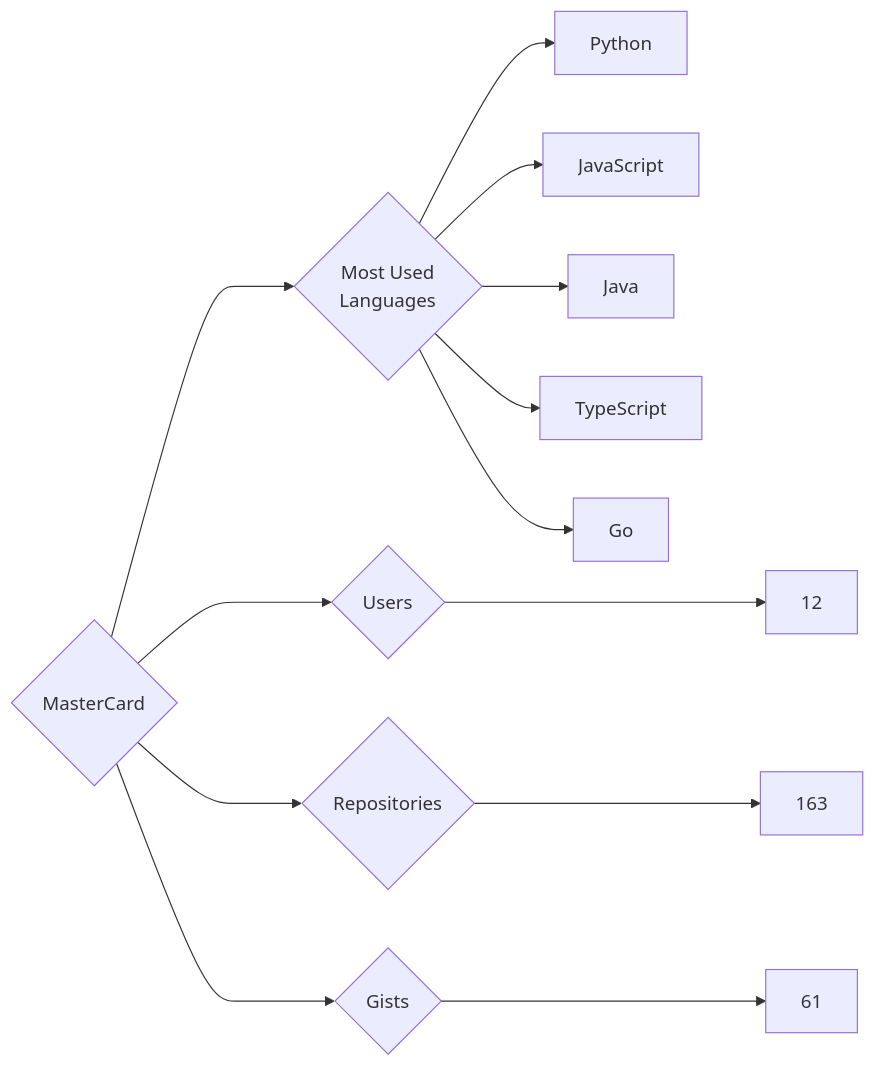
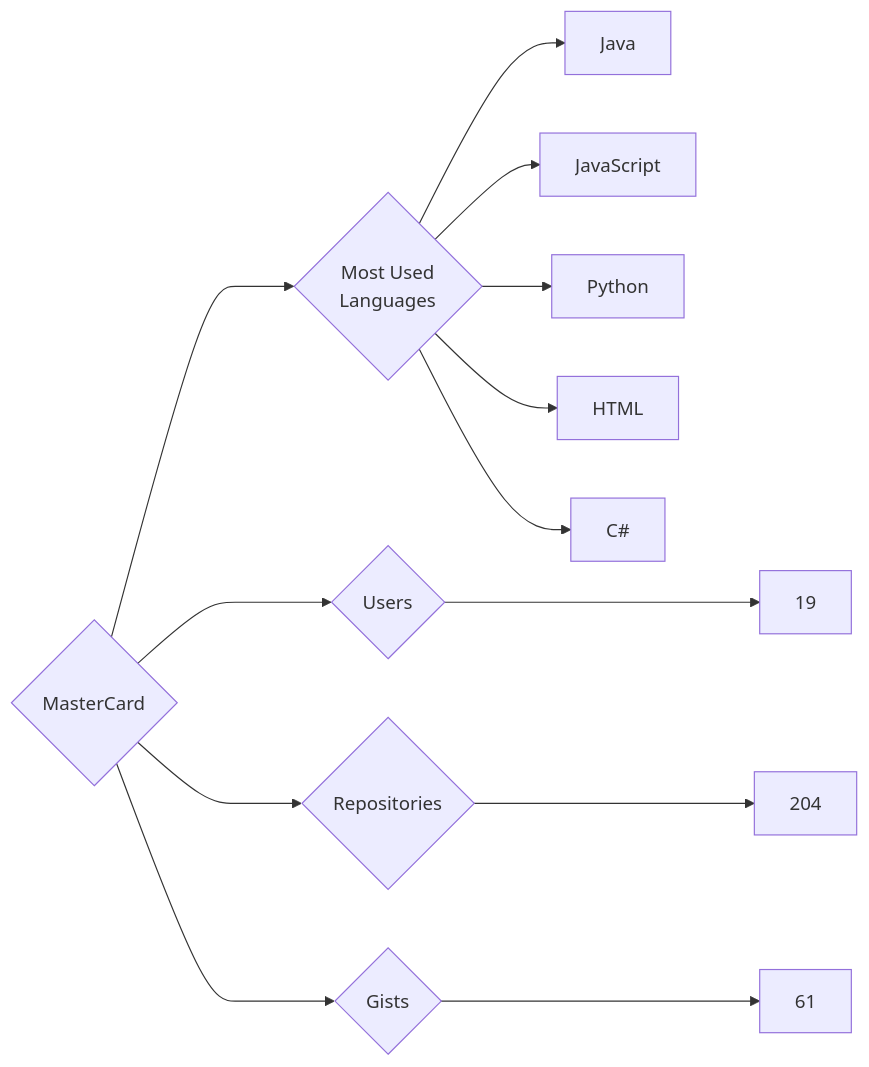
The diagram in targets/MasterCard/README.md (trickest/insiders), drawn with Mermaid before and after one commit. The commit also changed 823 other files, not shown here.

````diff
--- a/targets/MasterCard/README.md
+++ b/targets/MasterCard/README.md
@@ -3,13 +3,13 @@
 ```mermaid
 graph LR
 COMPANY_NAME{MasterCard}
-COMPANY_NAME ---> U{Users} ---> UN[12]
-COMPANY_NAME ---> R{Repositories} ---> RN[163]
+COMPANY_NAME ---> U{Users} ---> UN[19]
+COMPANY_NAME ---> R{Repositories} ---> RN[204]
 COMPANY_NAME ---> G{Gists} ---> GN[61]
 COMPANY_NAME ---> ML{Most Used<br>Languages}
+ML --> Java[Java]
+ML --> JavaScript[JavaScript]
 ML --> Python[Python]
-ML --> JavaScript[JavaScript]
-ML --> Java[Java]
-ML --> TypeScript[TypeScript]
-ML --> Go[Go]
+ML --> HTML[HTML]
+ML --> C#[C#]
 ```
````
